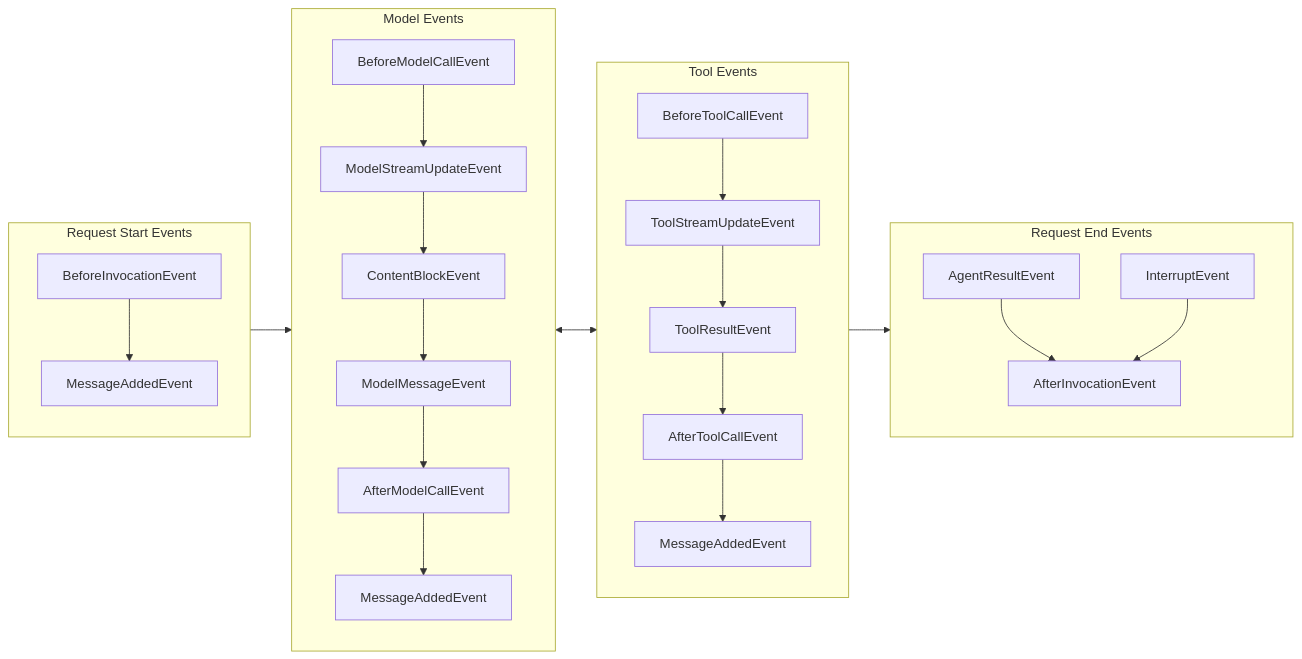
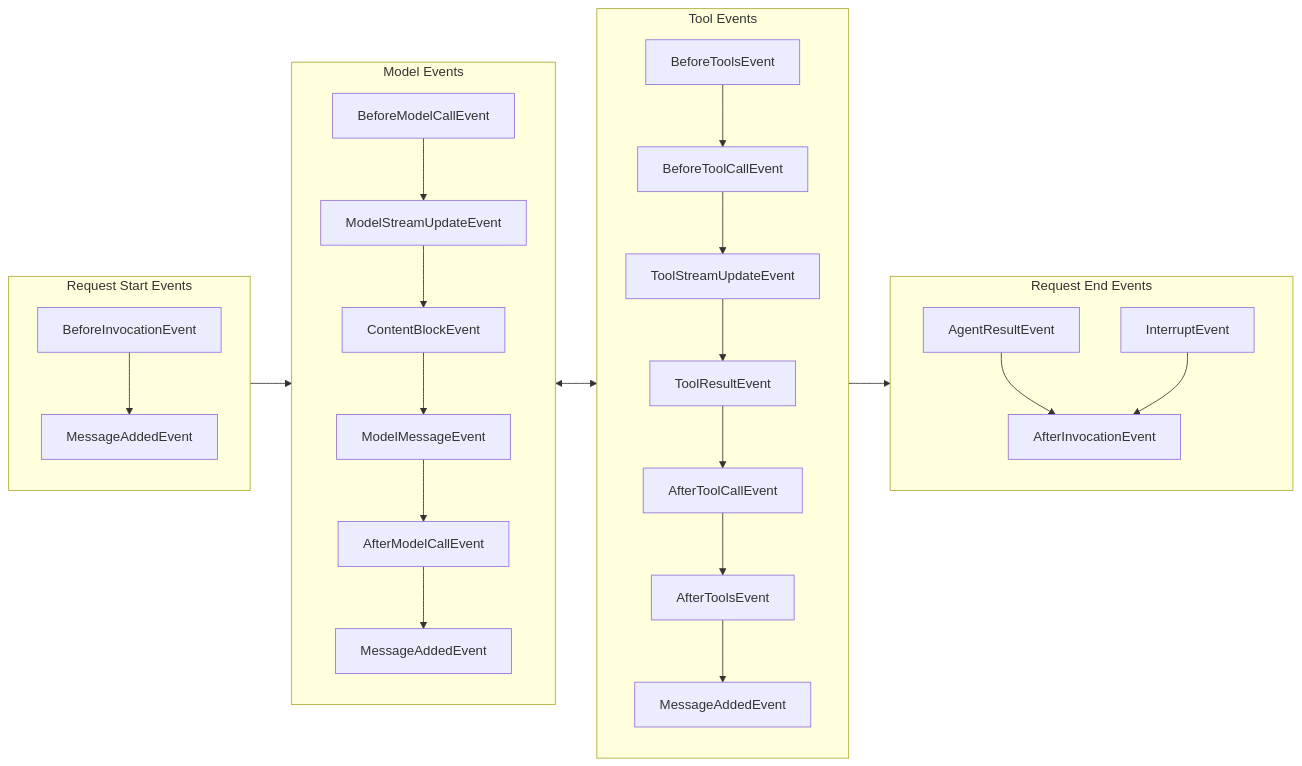
The second of 4 diagrams in site/src/content/docs/user-guide/concepts/agents/hooks.mdx (seniorgreencode/harness-sdk), drawn with Mermaid before and after one commit. The commit also changed other lines of this file and 10 other files, not shown here.

Commit message:
feat(python): add BeforeToolsEvent and AfterToolsEvent batch hooks (#3508)

````diff
--- a/site/src/content/docs/user-guide/concepts/agents/hooks.mdx
+++ b/site/src/content/docs/user-guide/concepts/agents/hooks.mdx
@@ -172,46 +176,50 @@
 ```mermaid
 flowchart LR
  subgraph Start["Request Start Events"]
     direction TB
         BeforeInvocationEvent["BeforeInvocationEvent"]
         StartMessage["MessageAddedEvent"]
         BeforeInvocationEvent --> StartMessage
   end
  subgraph Model["Model Events"]
     direction TB
         BeforeModelCallEvent["BeforeModelCallEvent"]
         ModelStreamUpdateEvent["ModelStreamUpdateEvent"]
         ContentBlockEvent["ContentBlockEvent"]
         ModelMessageEvent["ModelMessageEvent"]
         AfterModelCallEvent["AfterModelCallEvent"]
         ModelMessage["MessageAddedEvent"]
         BeforeModelCallEvent --> ModelStreamUpdateEvent
         ModelStreamUpdateEvent --> ContentBlockEvent
         ContentBlockEvent --> ModelMessageEvent
         ModelMessageEvent --> AfterModelCallEvent
         AfterModelCallEvent --> ModelMessage
   end
   subgraph Tool["Tool Events"]
     direction TB
+        BeforeToolsEvent["BeforeToolsEvent"]
         BeforeToolCallEvent["BeforeToolCallEvent"]
         ToolStreamUpdateEvent["ToolStreamUpdateEvent"]
         ToolResultEvent["ToolResultEvent"]
         AfterToolCallEvent["AfterToolCallEvent"]
+        AfterToolsEvent["AfterToolsEvent"]
         ToolMessage["MessageAddedEvent"]
+        BeforeToolsEvent --> BeforeToolCallEvent
         BeforeToolCallEvent --> ToolStreamUpdateEvent
         ToolStreamUpdateEvent --> ToolResultEvent
         ToolResultEvent --> AfterToolCallEvent
-        AfterToolCallEvent --> ToolMessage
+        AfterToolCallEvent --> AfterToolsEvent
+        AfterToolsEvent --> ToolMessage
   end
   subgraph End["Request End Events"]
     direction TB
         AgentResultEvent["AgentResultEvent"]
         AfterInvocationEvent["AfterInvocationEvent"]
         InterruptEvent["InterruptEvent"]
         AgentResultEvent --> AfterInvocationEvent
         InterruptEvent --> AfterInvocationEvent
   end
 Start --> Model
 Model <--> Tool
 Tool --> End
 ```
````
